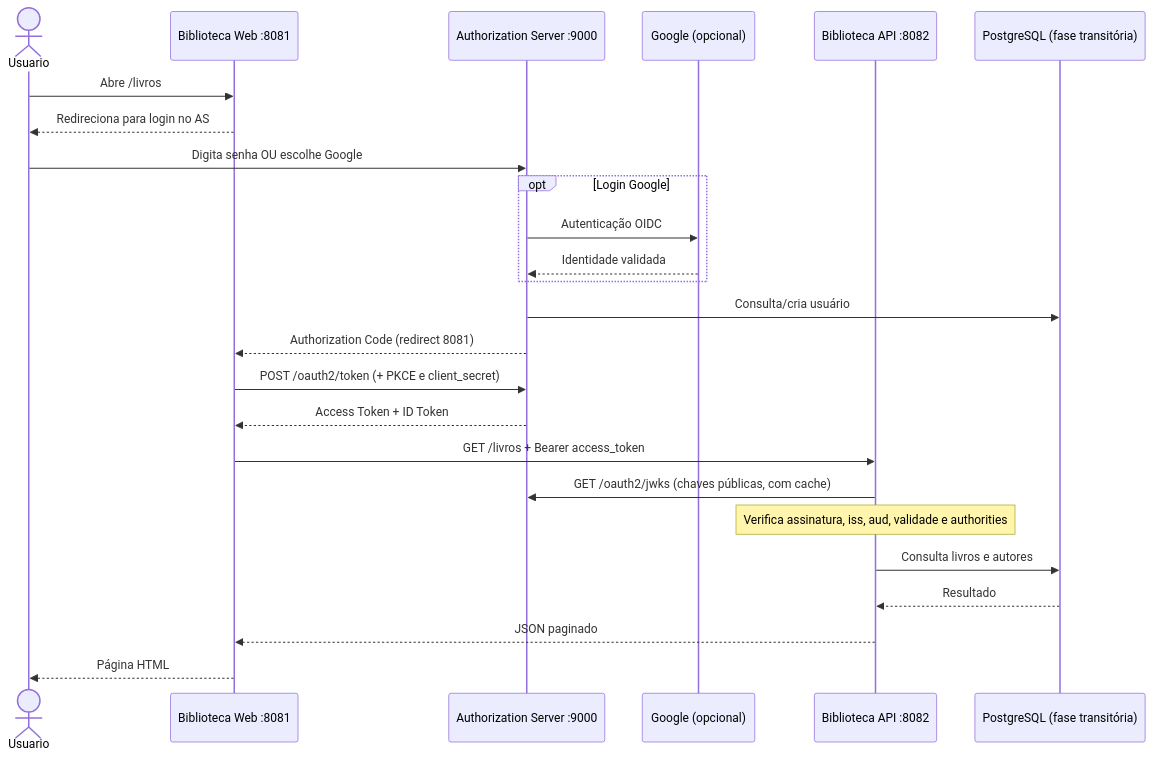
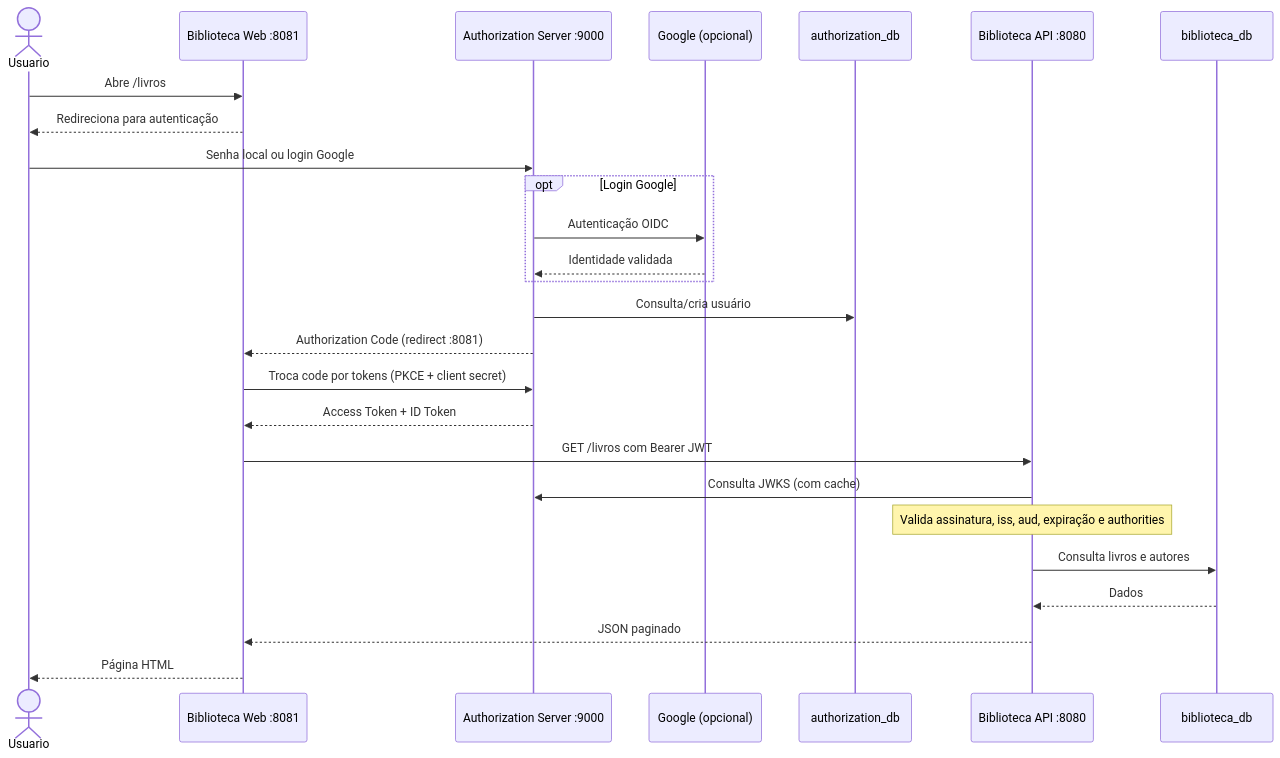
The diagram in docs/fluxos/01-login-consulta-com-3-aplicacoes.md (gabrielppg123/biblioteca-spring-boot), drawn with Mermaid before and after one commit. The commit also changed other lines of this file and 6 other files, not shown here.

````diff
--- a/docs/fluxos/01-login-consulta-com-3-aplicacoes.md
+++ b/docs/fluxos/01-login-consulta-com-3-aplicacoes.md
@@ -3,28 +3,29 @@
 ```mermaid
 sequenceDiagram
     actor Usuario
     participant Web as Biblioteca Web :8081
     participant Auth as Authorization Server :9000
     participant Google as Google (opcional)
-    participant API as Biblioteca API :8082
-    participant DB as PostgreSQL (fase transitória)
+    participant Identidade as authorization_db
+    participant API as Biblioteca API :8080
+    participant Acervo as biblioteca_db
 
     Usuario->>Web: Abre /livros
-    Web-->>Usuario: Redireciona para login no AS
-    Usuario->>Auth: Digita senha OU escolhe Google
+    Web-->>Usuario: Redireciona para autenticação
+    Usuario->>Auth: Senha local ou login Google
     opt Login Google
         Auth->>Google: Autenticação OIDC
         Google-->>Auth: Identidade validada
     end
-    Auth->>DB: Consulta/cria usuário
-    Auth-->>Web: Authorization Code (redirect 8081)
-    Web->>Auth: POST /oauth2/token (+ PKCE e client_secret)
+    Auth->>Identidade: Consulta/cria usuário
+    Auth-->>Web: Authorization Code (redirect :8081)
+    Web->>Auth: Troca code por tokens (PKCE + client secret)
     Auth-->>Web: Access Token + ID Token
-    Web->>API: GET /livros + Bearer access_token
-    API->>Auth: GET /oauth2/jwks (chaves públicas, com cache)
-    Note over API: Verifica assinatura, iss, aud, validade e authorities
-    API->>DB: Consulta livros e autores
-    DB-->>API: Resultado
+    Web->>API: GET /livros com Bearer JWT
+    API->>Auth: Consulta JWKS (com cache)
+    Note over API: Valida assinatura, iss, aud, expiração e authorities
+    API->>Acervo: Consulta livros e autores
+    Acervo-->>API: Dados
     API-->>Web: JSON paginado
     Web-->>Usuario: Página HTML
 ```
````
